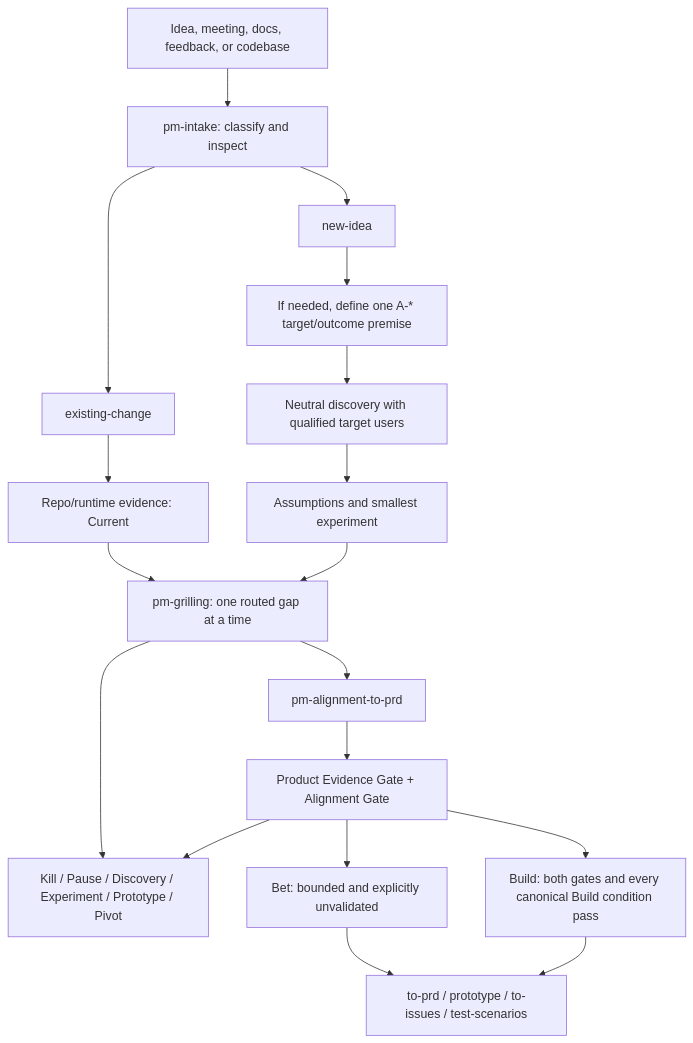
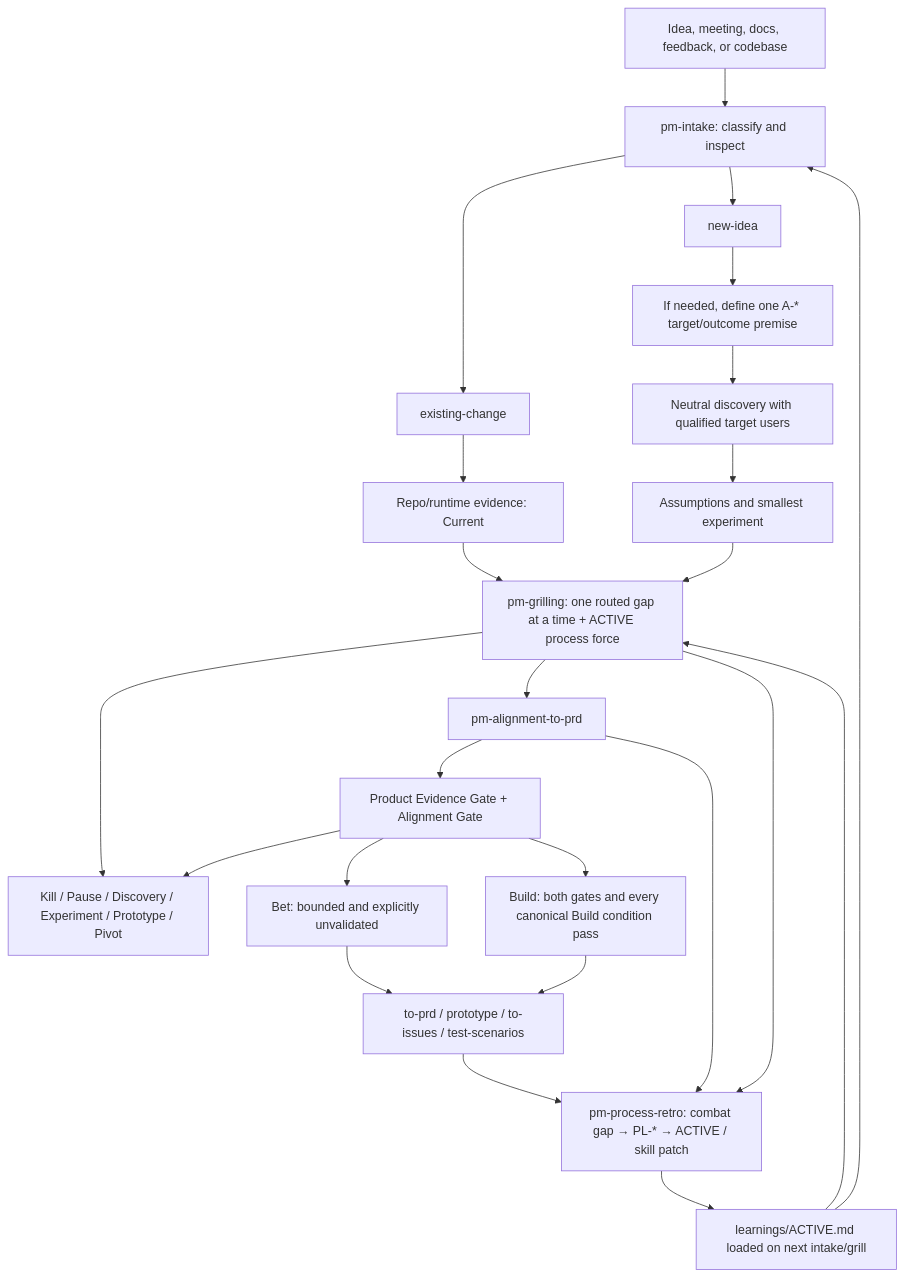
The diagram in README.md (cswfww123/wen-pm), drawn with Mermaid before and after one commit. The commit also changed other lines of this file and 13 other files, not shown here.

First line of the commit message:
feat: add process evolution loop via pm-process-retro

````diff
--- a/README.md
+++ b/README.md
@@ -73,20 +73,26 @@
 ```mermaid
 flowchart TD
   A["Idea, meeting, docs, feedback, or codebase"] --> B["pm-intake: classify and inspect"]
   B --> C["existing-change"]
   B --> D["new-idea"]
   C --> C1["Repo/runtime evidence: Current"]
-  C1 --> E0["pm-grilling: one routed gap at a time"]
+  C1 --> E0["pm-grilling: one routed gap at a time + ACTIVE process force"]
   D --> D0["If needed, define one A-* target/outcome premise"]
   D0 --> D1["Neutral discovery with qualified target users"]
   D1 --> D2["Assumptions and smallest experiment"]
   D2 --> E0
   E0 --> E["Kill / Pause / Discovery / Experiment / Prototype / Pivot"]
   E0 --> F["pm-alignment-to-prd"]
   F --> G["Product Evidence Gate + Alignment Gate"]
   G --> E
   G --> H["Bet: bounded and explicitly unvalidated"]
   G --> I["Build: both gates and every canonical Build condition pass"]
   H --> J["to-prd / prototype / to-issues / test-scenarios"]
   I --> J
+  E0 --> R["pm-process-retro: combat gap → PL-* → ACTIVE / skill patch"]
+  F --> R
+  J --> R
+  R --> ACTIVE["learnings/ACTIVE.md loaded on next intake/grill"]
+  ACTIVE --> B
+  ACTIVE --> E0
 ```
````
